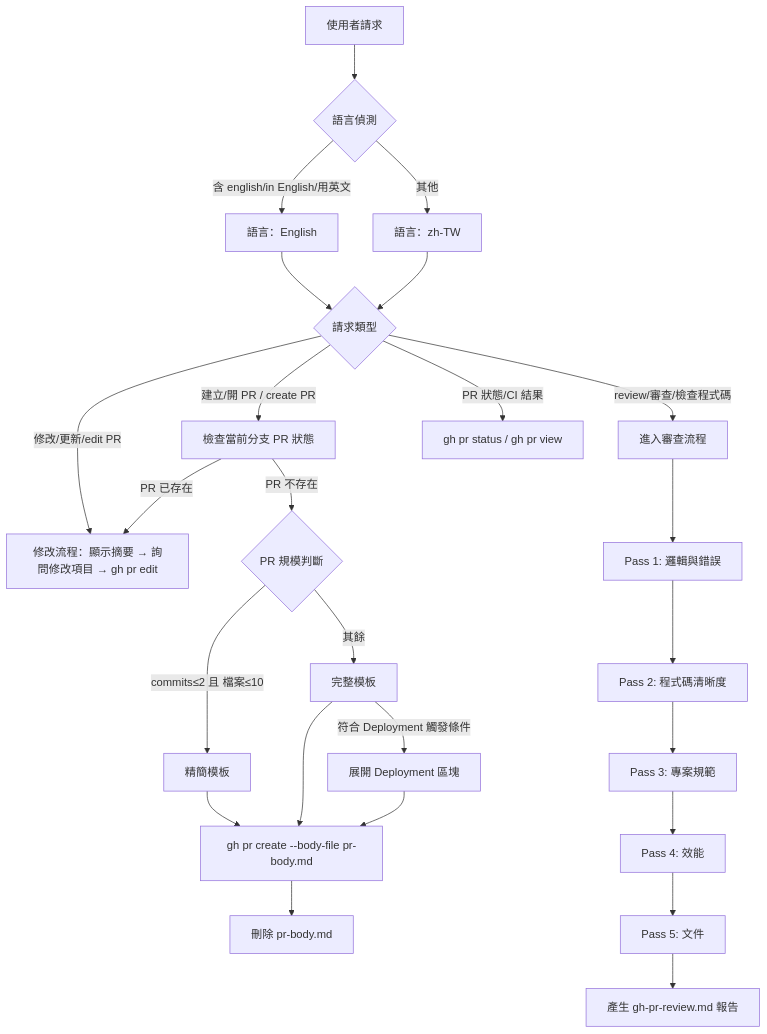
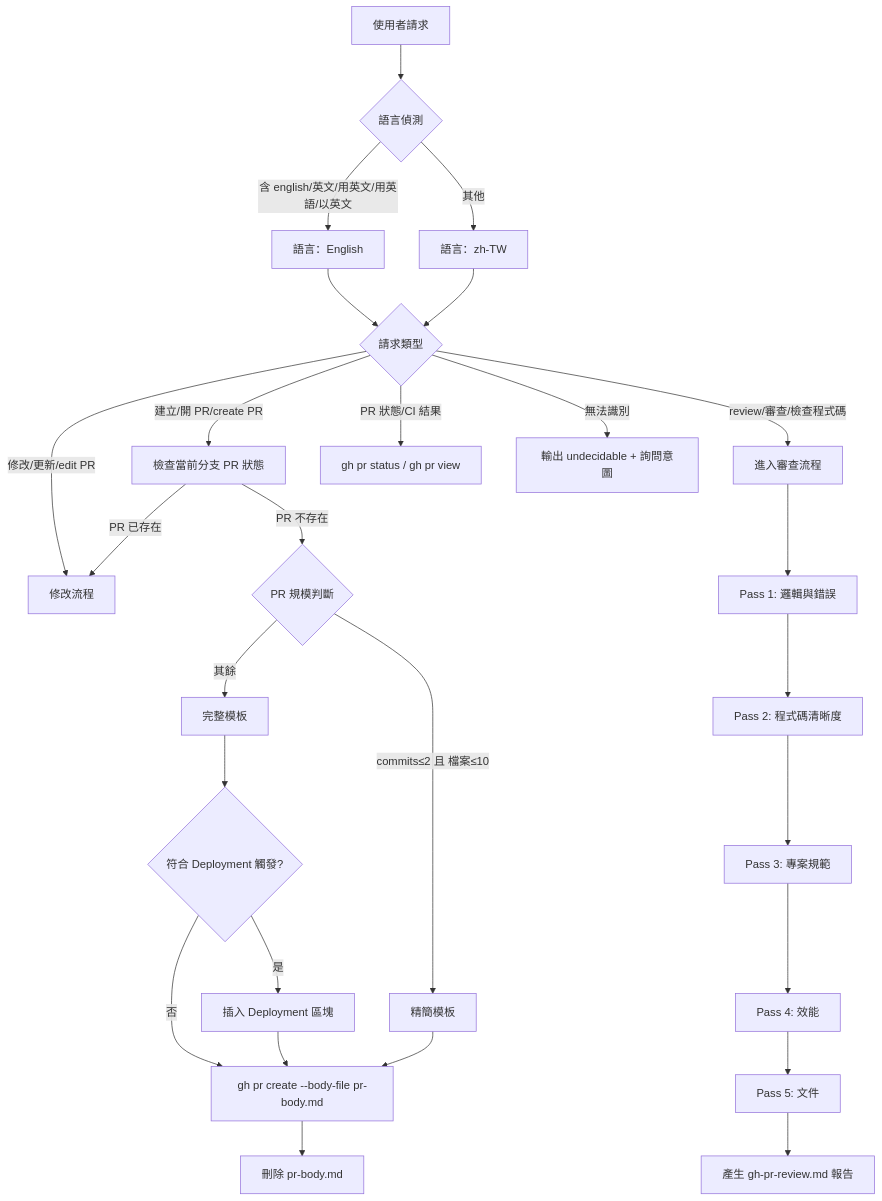
One commit to gn00678465/cc-copilot-plugins changed the diagram in plugins/copilot-starter/skills/pull-request/SKILL.md. Above: the diagram before and after it, drawn with Mermaid. The commit also changed other lines of this file, not shown here.

````diff
--- a/plugins/copilot-starter/skills/pull-request/SKILL.md
+++ b/plugins/copilot-starter/skills/pull-request/SKILL.md
@@ -26,30 +26,34 @@
 ```mermaid
 graph TD
     A[使用者請求] --> B{語言偵測}
-    B -- 含 english/in English/用英文 --> LANG_EN[語言：English]
+    B -- 含 english/英文/用英文/用英語/以英文 --> LANG_EN[語言：English]
     B -- 其他 --> LANG_ZH[語言：zh-TW]
 
     LANG_EN & LANG_ZH --> C{請求類型}
 
-    C -- 建立/開 PR / create PR --> D[檢查當前分支 PR 狀態]
+    C -- 建立/開 PR/create PR --> D[檢查當前分支 PR 狀態]
     C -- review/審查/檢查程式碼 --> R[進入審查流程]
     C -- 修改/更新/edit PR --> F2[修改流程]
     C -- PR 狀態/CI 結果 --> S[gh pr status / gh pr view]
+    C -- 無法識別 --> UND[輸出 undecidable + 詢問意圖]
 
     D -- PR 不存在 --> E{PR 規模判斷}
-    D -- PR 已存在 --> F2[修改流程：顯示摘要 → 詢問修改項目 → gh pr edit]
+    D -- PR 已存在 --> F2
 
     E -- commits≤2 且 檔案≤10 --> G[精簡模板]
     E -- 其餘 --> H[完整模板]
-    H -- 符合 Deployment 觸發條件 --> H2[展開 Deployment 區塊]
+    H --> DEPLOY{符合 Deployment 觸發?}
+    DEPLOY -- 是 --> H2[插入 Deployment 區塊]
+    DEPLOY -- 否 --> I
+    H2 --> I[gh pr create --body-file pr-body.md]
+    G --> I
 
-    G & H & H2 --> I[gh pr create --body-file pr-body.md]
     I --> CLEAN[刪除 pr-body.md]
 
     R --> P1[Pass 1: 邏輯與錯誤]
     P1 --> P2[Pass 2: 程式碼清晰度]
     P2 --> P3[Pass 3: 專案規範]
     P3 --> P4[Pass 4: 效能]
     P4 --> P5[Pass 5: 文件]
     P5 --> RPT[產生 gh-pr-review.md 報告]
 ```
````
